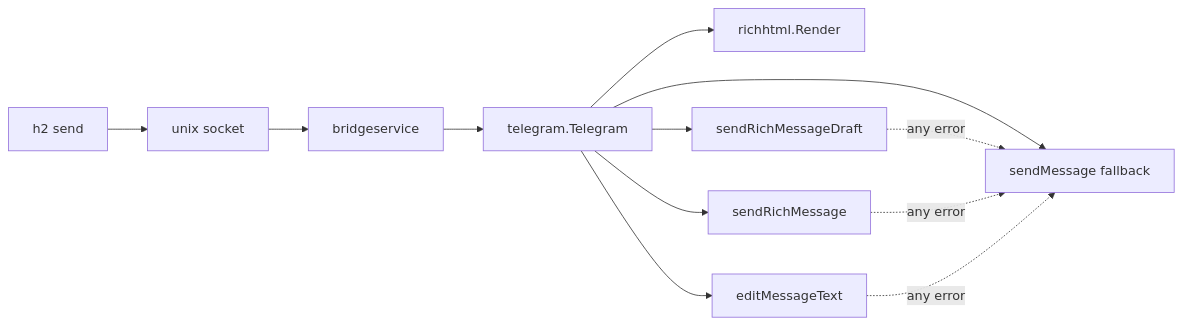
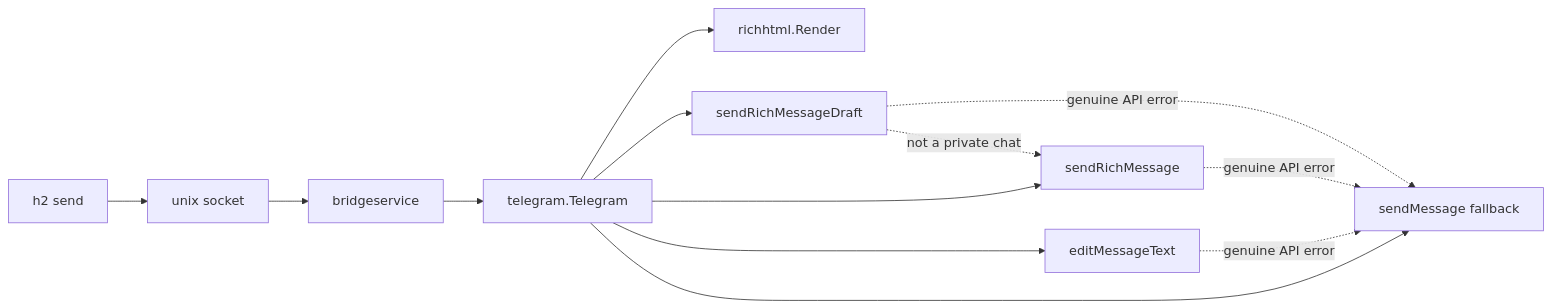
Before and after one commit to hegelstad/h2: the first of 3 diagrams in docs/design-rich-draft-send.md, drawn with Mermaid. The commit also changed other lines of this file, not shown here.

First line of the commit message:
docs: pin draft/persist asymmetry, skip_entity_detection, typed returns

````diff
--- a/docs/design-rich-draft-send.md
+++ b/docs/design-rich-draft-send.md
@@ -19,14 +19,15 @@
 ```mermaid
 flowchart LR
   CLI["h2 send"] --> Sock["unix socket"]
   Sock --> Svc["bridgeservice"]
   Svc --> TG["telegram.Telegram"]
   TG --> R["richhtml.Render"]
   TG --> Draft["sendRichMessageDraft"]
   TG --> Persist["sendRichMessage"]
   TG --> Edit["editMessageText"]
   TG --> Plain["sendMessage fallback"]
-  Draft -.->|any error| Plain
-  Persist -.->|any error| Plain
-  Edit -.->|any error| Plain
+  Draft -.->|genuine API error| Plain
+  Draft -.->|not a private chat| Persist
+  Persist -.->|genuine API error| Plain
+  Edit -.->|genuine API error| Plain
 ```
````
